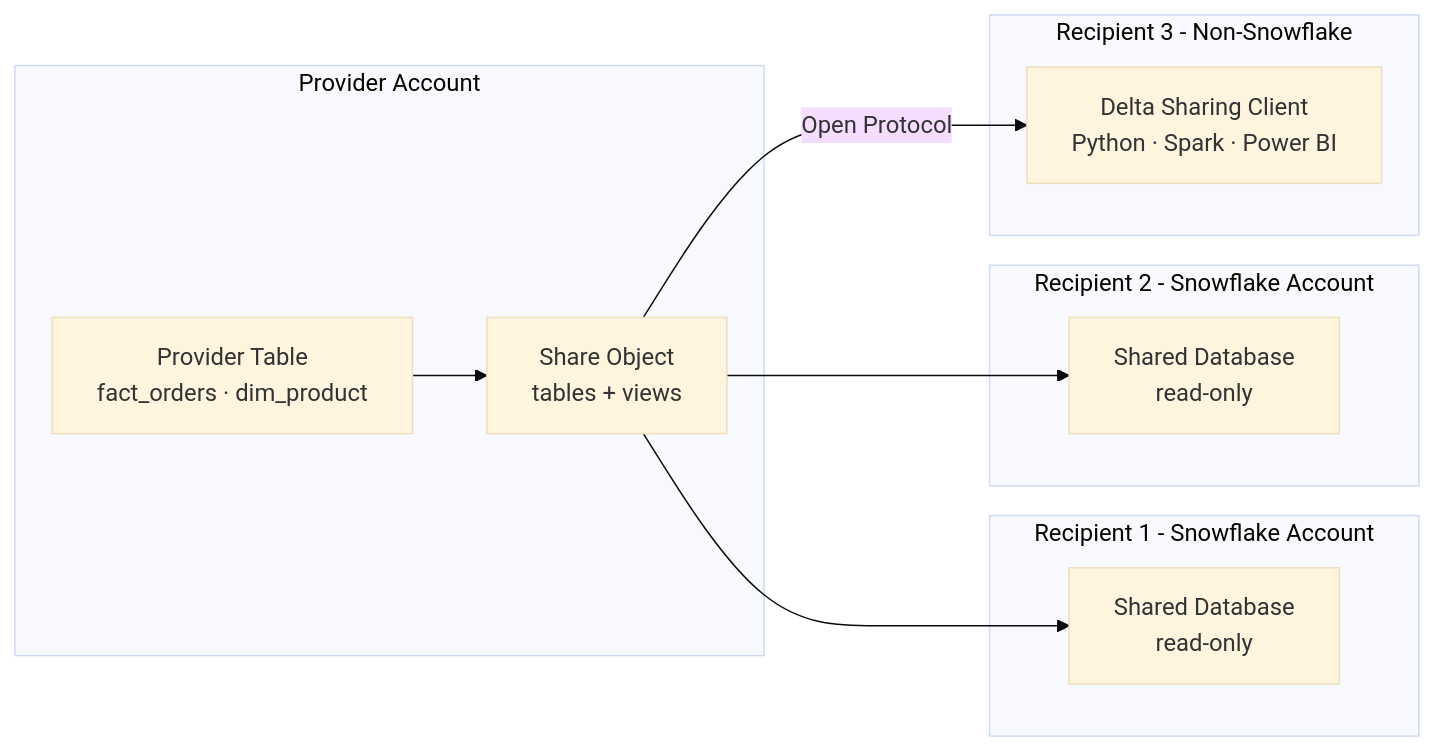
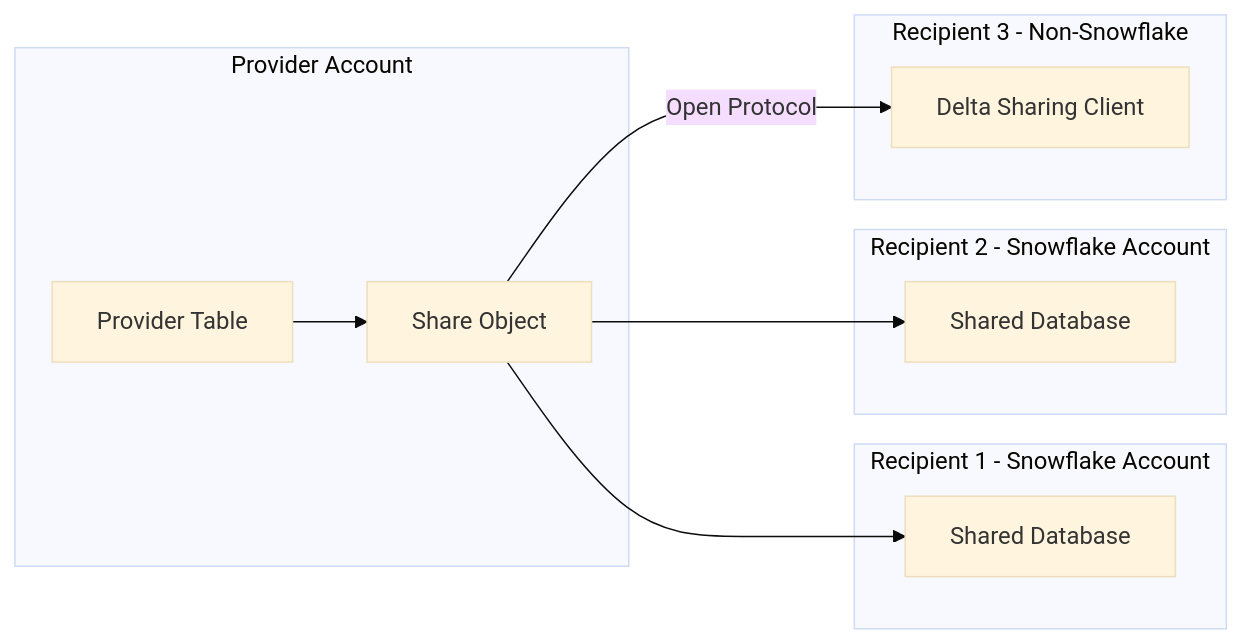
The diagram in 06-snowflake/05-snowflake-data-sharing.md (gcmishra7/data-engineering-helper), drawn with Mermaid (base theme) before and after one commit. The commit also changed other lines of this file and 57 other files, not shown here.

First line of the commit message:
Shorten mermaid node labels to fix text truncation on GitHub

````diff
--- a/06-snowflake/05-snowflake-data-sharing.md
+++ b/06-snowflake/05-snowflake-data-sharing.md
@@ -8,23 +8,23 @@
 ```mermaid
 graph LR
     subgraph Provider Account
-        PT[Provider Table<br/>fact_orders · dim_product]
-        SH[Share Object<br/>tables + views]
+        PT[Provider Table]
+        SH[Share Object]
         PT --> SH
     end
 
     subgraph Recipient 1 - Snowflake Account
-        DB1[Shared Database<br/>read-only]
+        DB1[Shared Database]
         SH --> DB1
     end
 
     subgraph Recipient 2 - Snowflake Account
-        DB2[Shared Database<br/>read-only]
+        DB2[Shared Database]
         SH --> DB2
     end
 
     subgraph Recipient 3 - Non-Snowflake
-        DSC[Delta Sharing Client<br/>Python · Spark · Power BI]
+        DSC[Delta Sharing Client]
         SH -->|Open Protocol| DSC
     end
 ```
````
